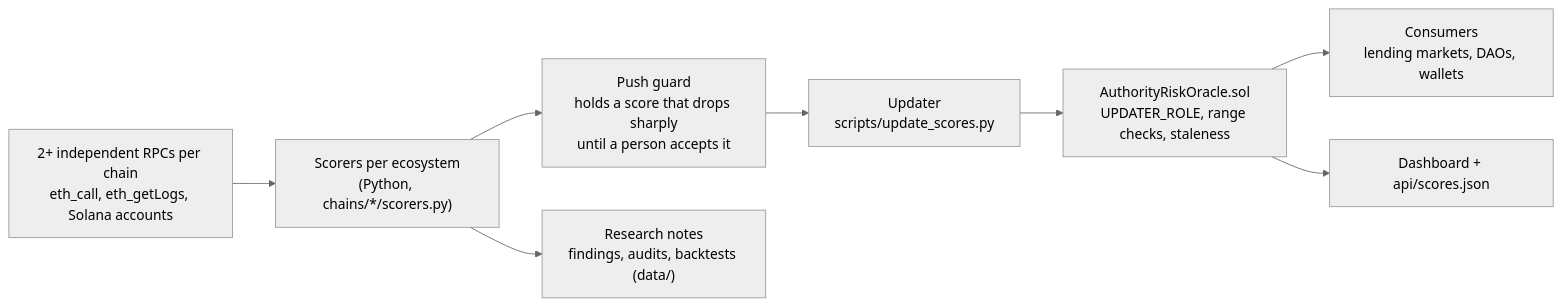
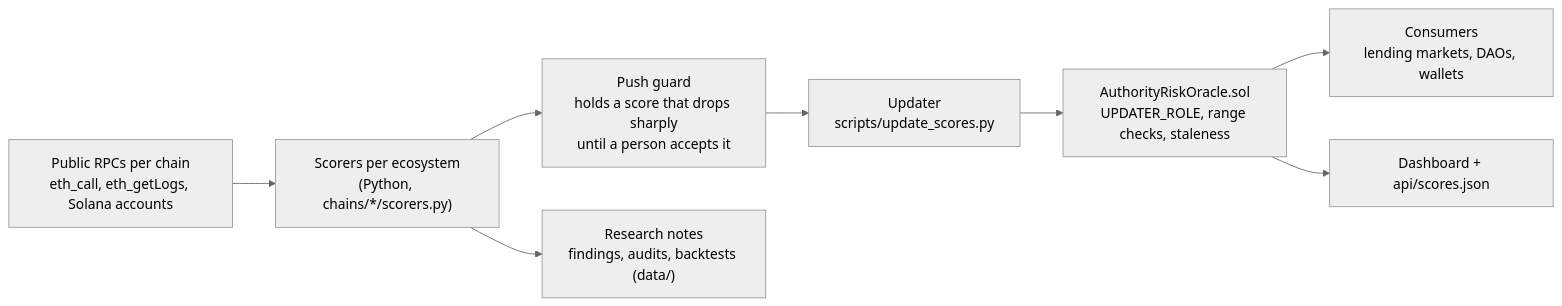
Before and after one commit to RealSpap/authority-risk-oracle-showcase: the diagram in README.md, drawn with Mermaid (neutral theme). The commit also changed other lines of this file and 18 other files, not shown here.

Commit message:
Review fixes: wait on HTTP 429, chain-id guards, seven token targets on Ethereum L1, per-field range tests, refreshed calculator; live site links in the README

````diff
--- a/README.md
+++ b/README.md
@@ -162,10 +162,10 @@
 ```mermaid
 flowchart LR
-    RPC["2+ independent RPCs per chain<br/>eth_call, eth_getLogs, Solana accounts"] --> S["Scorers per ecosystem<br/>(Python, chains/*/scorers.py)"]
+    RPC["Public RPCs per chain<br/>eth_call, eth_getLogs, Solana accounts"] --> S["Scorers per ecosystem<br/>(Python, chains/*/scorers.py)"]
     S --> G["Push guard<br/>holds a score that drops sharply<br/>until a person accepts it"]
     G --> U["Updater<br/>scripts/update_scores.py"]
     U --> O["AuthorityRiskOracle.sol<br/>UPDATER_ROLE, range checks, staleness"]
     O --> C["Consumers<br/>lending markets, DAOs, wallets"]
     O --> D["Dashboard + api/scores.json"]
     S --> R["Research notes<br/>findings, audits, backtests (data/)"]
 ```
````
